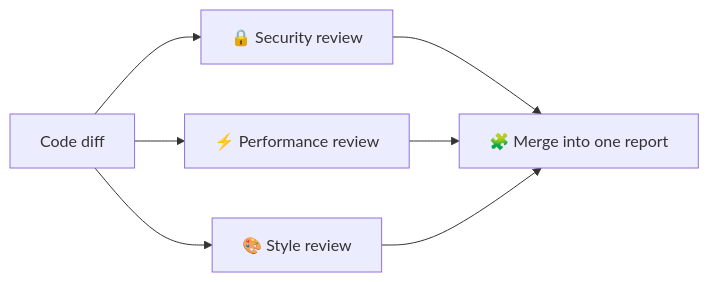
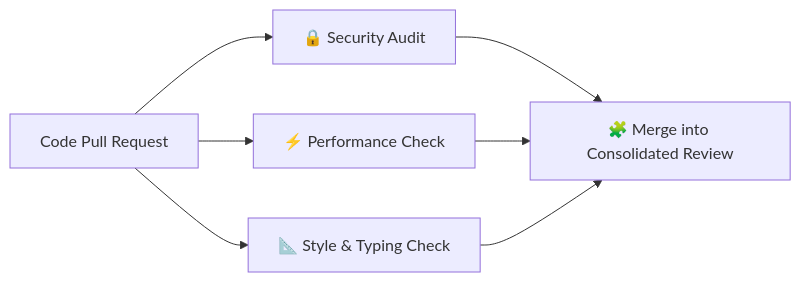
One commit to ABVicky/Prompt-Engineering-by-Vicky changed the third of 6 diagrams in modules/08-prompt-chaining-workflows.md. Above: the diagram before and after it, drawn with Mermaid. The commit also changed other lines of this file and 19 other files, not shown here.

````diff
--- a/modules/08-prompt-chaining-workflows.md
+++ b/modules/08-prompt-chaining-workflows.md
@@ -90,7 +129,7 @@
 ```mermaid
 flowchart LR
-    I["Code diff"] --> S["🔒 Security review"]
-    I --> P["⚡ Performance review"]
-    I --> Y["🎨 Style review"]
-    S & P & Y --> M["🧩 Merge into one report"]
+    I["Code Pull Request"] --> S["🔒 Security Audit"]
+    I --> P["⚡ Performance Check"]
+    I --> Y["📐 Style & Typing Check"]
+    S & P & Y --> M["🧩 Merge into Consolidated Review"]
 ```
````
